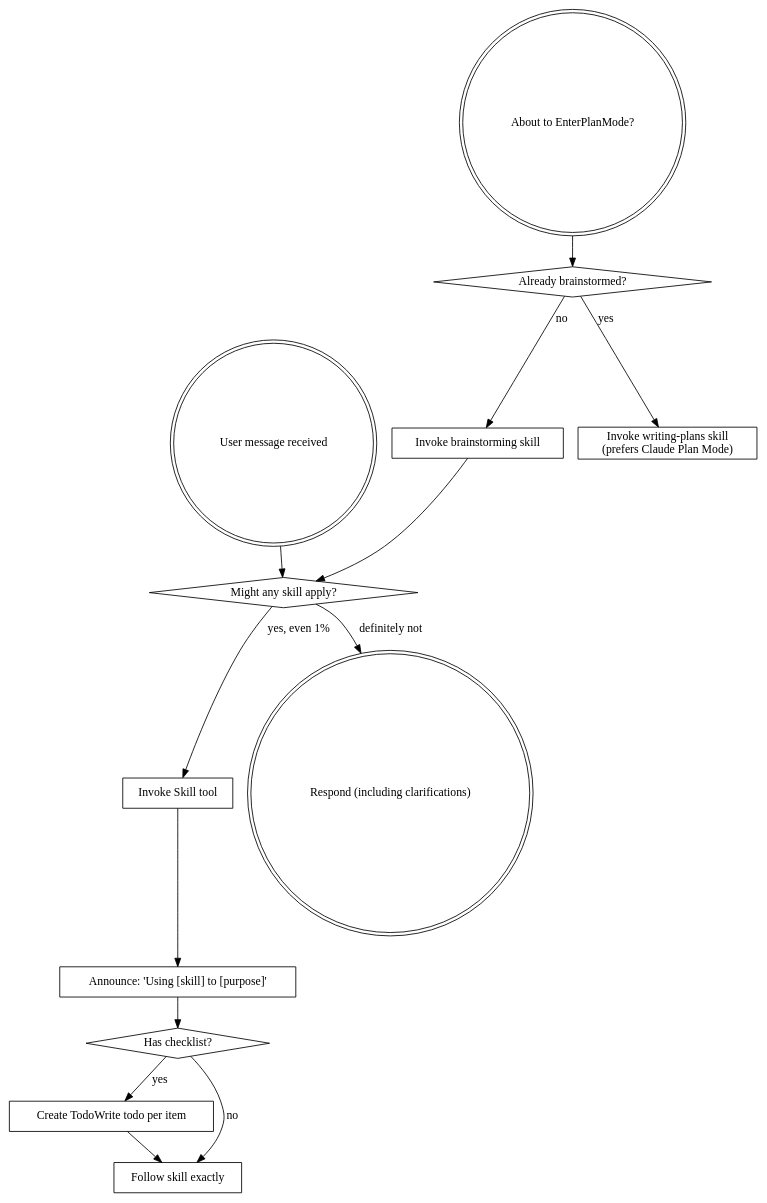
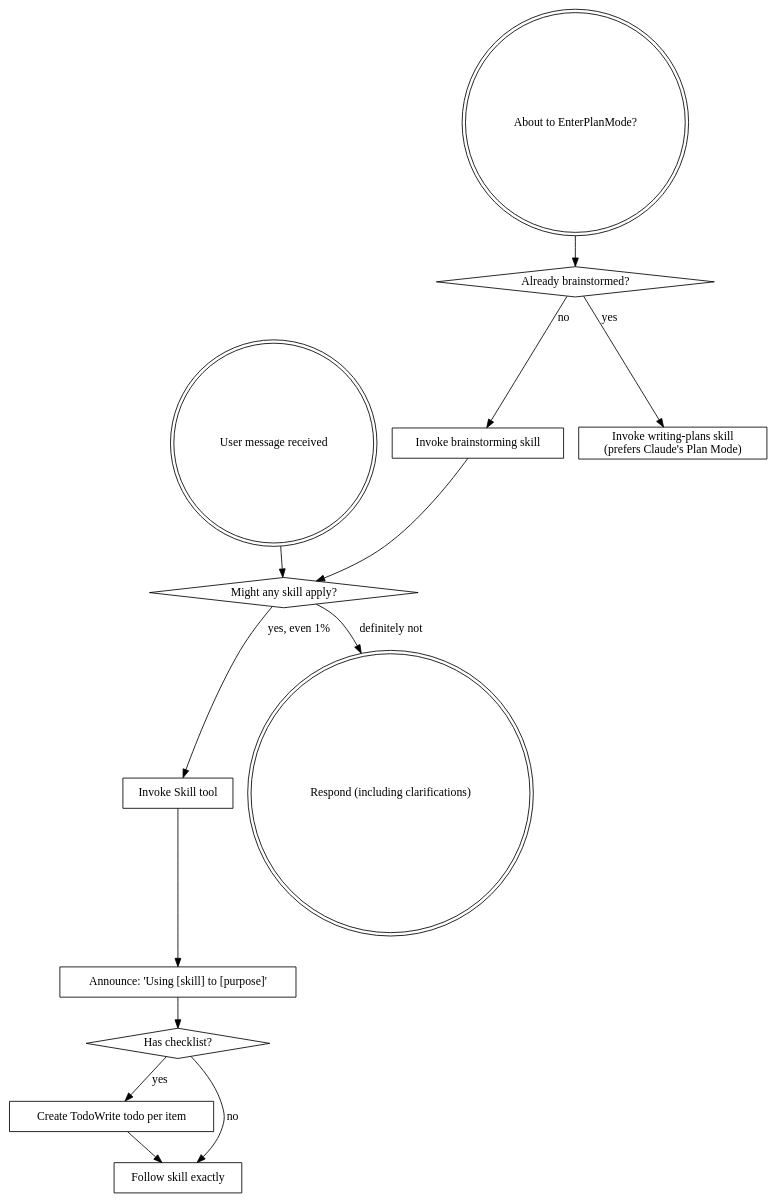
The diagram in skills/using-superpowers/SKILL.md (GoCodeAlone/claude-superpowers), drawn with Graphviz before and after one commit.

Commit message:
Fix: use consistent possessive form "Claude's Plan Mode" in flow graph

````diff
--- a/skills/using-superpowers/SKILL.md
+++ b/skills/using-superpowers/SKILL.md
@@ -26,30 +26,30 @@
 ```dot
 digraph skill_flow {
     "User message received" [shape=doublecircle];
     "About to EnterPlanMode?" [shape=doublecircle];
     "Already brainstormed?" [shape=diamond];
     "Invoke brainstorming skill" [shape=box];
-    "Invoke writing-plans skill\n(prefers Claude Plan Mode)" [shape=box];
+    "Invoke writing-plans skill\n(prefers Claude's Plan Mode)" [shape=box];
     "Might any skill apply?" [shape=diamond];
     "Invoke Skill tool" [shape=box];
     "Announce: 'Using [skill] to [purpose]'" [shape=box];
     "Has checklist?" [shape=diamond];
     "Create TodoWrite todo per item" [shape=box];
     "Follow skill exactly" [shape=box];
     "Respond (including clarifications)" [shape=doublecircle];
 
     "About to EnterPlanMode?" -> "Already brainstormed?";
     "Already brainstormed?" -> "Invoke brainstorming skill" [label="no"];
-    "Already brainstormed?" -> "Invoke writing-plans skill\n(prefers Claude Plan Mode)" [label="yes"];
+    "Already brainstormed?" -> "Invoke writing-plans skill\n(prefers Claude's Plan Mode)" [label="yes"];
     "Invoke brainstorming skill" -> "Might any skill apply?";
 
     "User message received" -> "Might any skill apply?";
     "Might any skill apply?" -> "Invoke Skill tool" [label="yes, even 1%"];
     "Might any skill apply?" -> "Respond (including clarifications)" [label="definitely not"];
     "Invoke Skill tool" -> "Announce: 'Using [skill] to [purpose]'";
     "Announce: 'Using [skill] to [purpose]'" -> "Has checklist?";
     "Has checklist?" -> "Create TodoWrite todo per item" [label="yes"];
     "Has checklist?" -> "Follow skill exactly" [label="no"];
     "Create TodoWrite todo per item" -> "Follow skill exactly";
 }
 ```
````
